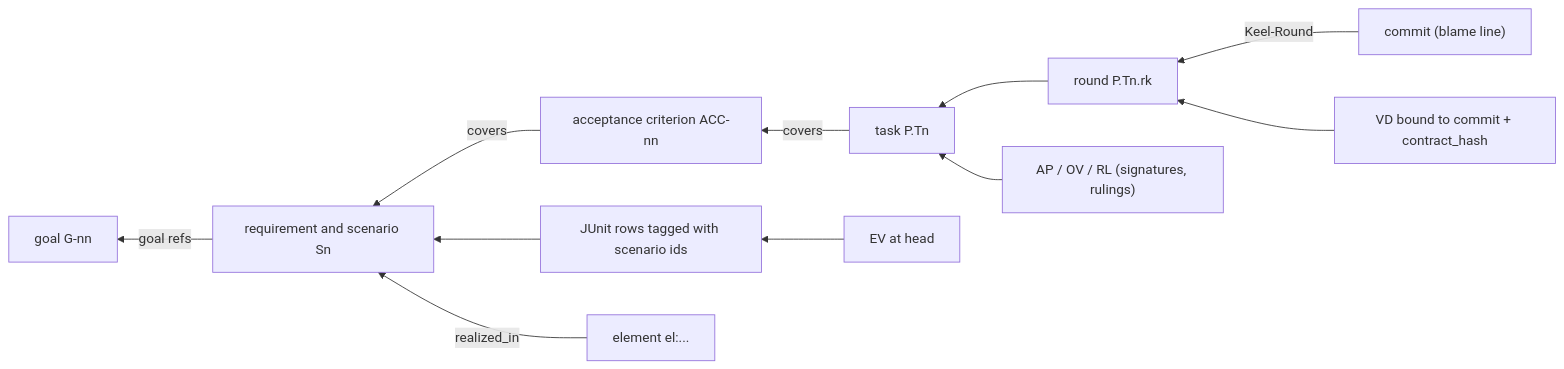
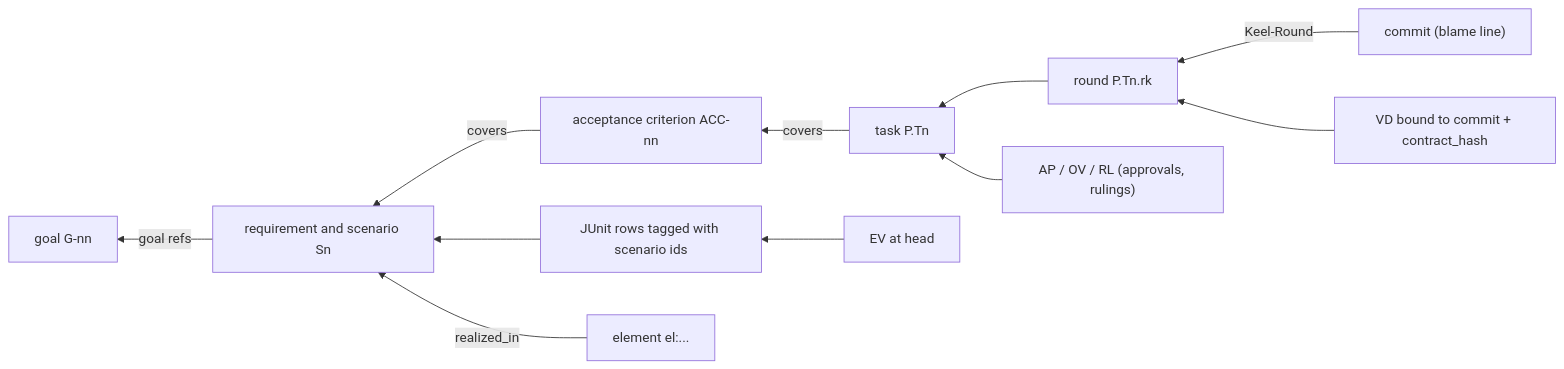
Before and after one commit to Qither/keel: the second of 2 diagrams in docs/04-trace-and-state.md, drawn with Mermaid. The commit also changed other lines of this file and 130 other files, not shown here.

````diff
--- a/docs/04-trace-and-state.md
+++ b/docs/04-trace-and-state.md
@@ -371,13 +376,13 @@
 ```mermaid
 flowchart RL
   commit["commit (blame line)"] -- "Keel-Round" --> round["round P.Tn.rk"]
   round --> task["task P.Tn"]
   task -- "covers" --> acc["acceptance criterion ACC-nn"]
   acc -- "covers" --> req["requirement and scenario Sn"]
   req -- "goal refs" --> goal["goal G-nn"]
   tests["JUnit rows tagged with scenario ids"] --> req
   evidence["EV at head"] --> tests
   verdict["VD bound to commit + contract_hash"] --> round
   element["element el:..."] -- "realized_in" --> req
-  approval["AP / OV / RL (signatures, rulings)"] --> task
+  approval["AP / OV / RL (approvals, rulings)"] --> task
 ```
````
